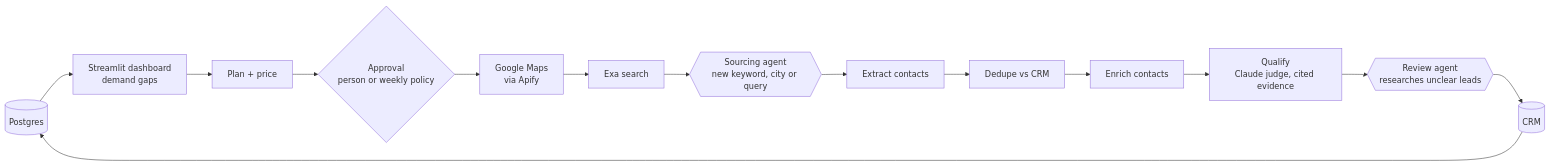
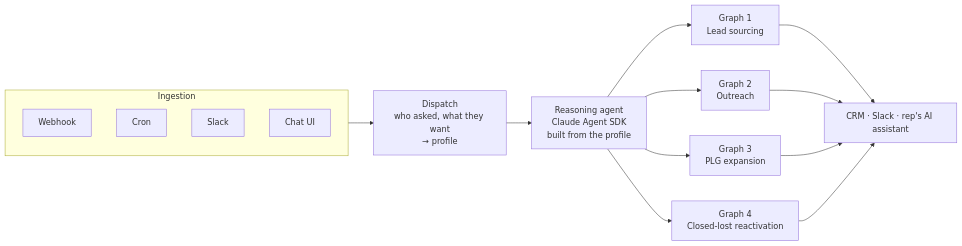
One commit to austinsolomon/applied_AI_portfolio changed the first of 2 diagrams in README.md. Above: the diagram before and after it, drawn with Mermaid. The commit also changed other lines of this file and 5 other files, not shown here.

````diff
--- a/README.md
+++ b/README.md
@@ -26,16 +13,16 @@
 ```mermaid
 flowchart LR
-    DB[(Postgres)] --> UI[Streamlit dashboard<br/>demand gaps]
-    UI --> PL[Plan + price]
-    PL --> AP{Approval<br/>person or weekly policy}
-    AP --> MP[Google Maps<br/>via Apify]
-    MP --> EX[Exa search]
-    EX --> AD{{Sourcing agent<br/>new keyword, city or query}}
-    AD --> XT[Extract contacts]
-    XT --> DD[Dedupe vs CRM]
-    DD --> EN[Enrich contacts]
-    EN --> QL[Qualify<br/>Claude judge, cited evidence]
-    QL --> RV{{Review agent<br/>researches unclear leads}}
-    RV --> CRM[(CRM)]
-    CRM --> DB
+    subgraph IN[Ingestion]
+        W[Webhook]
+        C[Cron]
+        S[Slack]
+        U[Chat UI]
+    end
+    IN --> D[Dispatch<br/>who asked, what they want<br/>→ profile]
+    D --> B[Reasoning agent<br/>Claude Agent SDK<br/>built from the profile]
+    B --> G1[Graph 1<br/>Lead sourcing]
+    B --> G2[Graph 2<br/>Outreach]
+    B --> G3[Graph 3<br/>PLG expansion]
+    B --> G4[Graph 4<br/>Closed-lost reactivation]
+    G1 & G2 & G3 & G4 --> O[CRM · Slack · rep's AI assistant]
 ```
````
